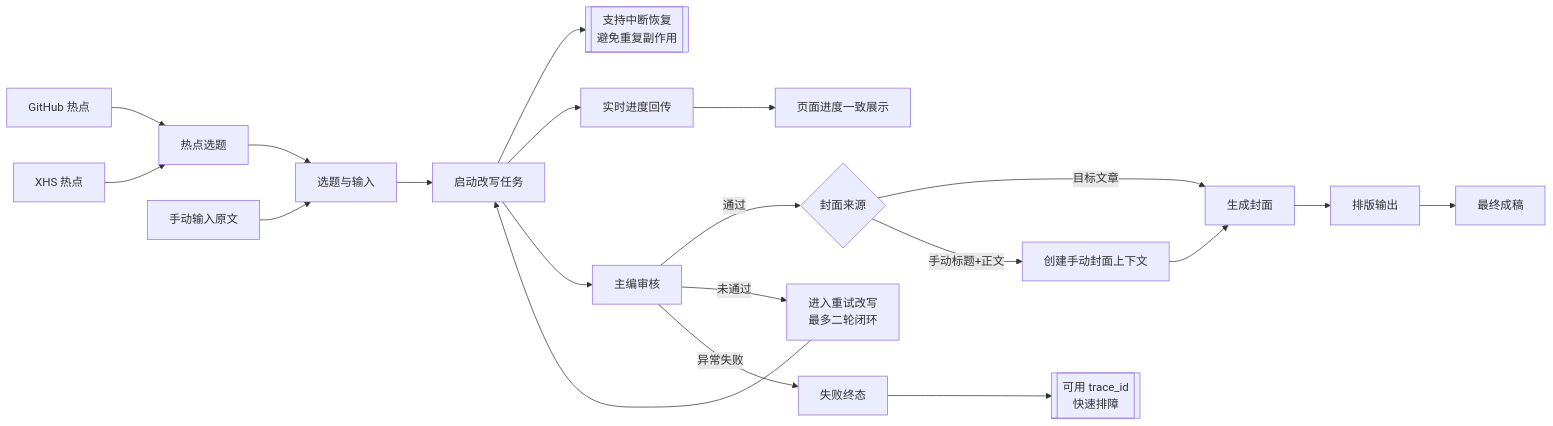
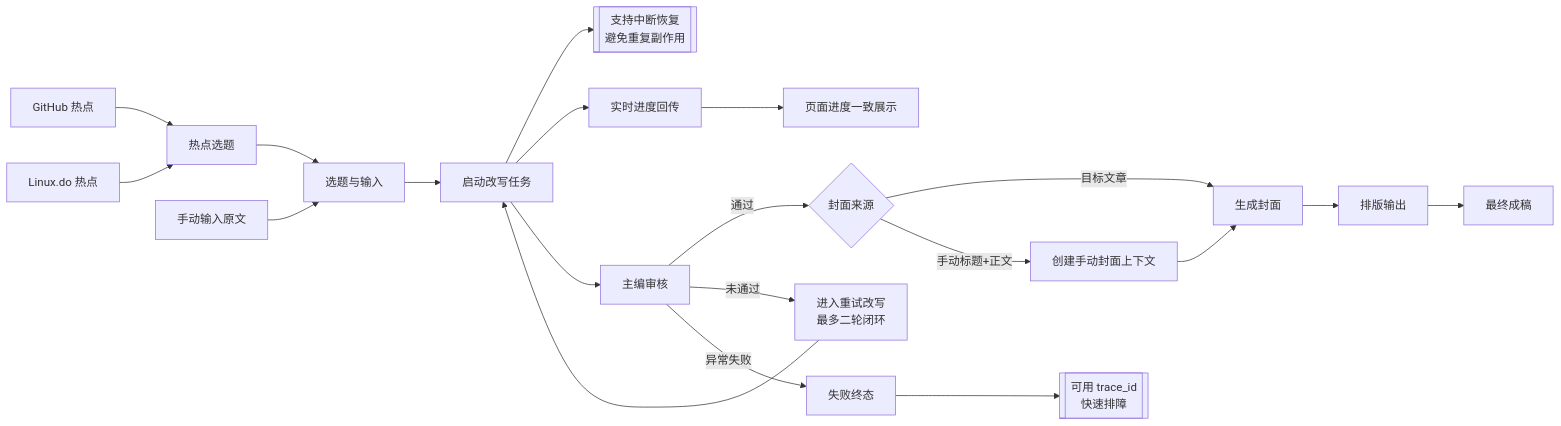
Before and after one commit to guoguo-tju/write_agent: the diagram in docs/workflow-overview.zh-CN.md, drawn with Mermaid. The commit also changed other lines of this file and 3 other files, not shown here.

Commit message:
docs(workflow): replace xhs hotspot with linuxdo hotspot in e2e diagram

````diff
--- a/docs/workflow-overview.zh-CN.md
+++ b/docs/workflow-overview.zh-CN.md
@@ -11,33 +11,33 @@
 ```mermaid
 flowchart LR
   %% 入口
   G[GitHub 热点] --> H[热点选题]
-  X[XHS 热点] --> H
+  X[Linux.do 热点] --> H
   H --> I[选题与输入]
   M[手动输入原文] --> I
 
   %% 改写任务
   I --> J[启动改写任务]
   J --> CP[[支持中断恢复\n避免重复副作用]]
   J --> SSE[实时进度回传]
   SSE --> U[页面进度一致展示]
 
   %% 审核闭环
   J --> R[主编审核]
   R -->|通过| SRC{封面来源}
   R -->|未通过| RETRY[进入重试改写\n最多二轮闭环]
   RETRY --> J
 
   %% 封面分支
   SRC -->|目标文章| C[生成封面]
   SRC -->|手动标题+正文| MC[创建手动封面上下文]
   MC --> C
 
   %% 输出
   C --> L[排版输出]
   L --> O[最终成稿]
 
   %% 失败终态
   R -->|异常失败| F[失败终态]
   F --> T[[可用 trace_id\n快速排障]]
 ```
````
